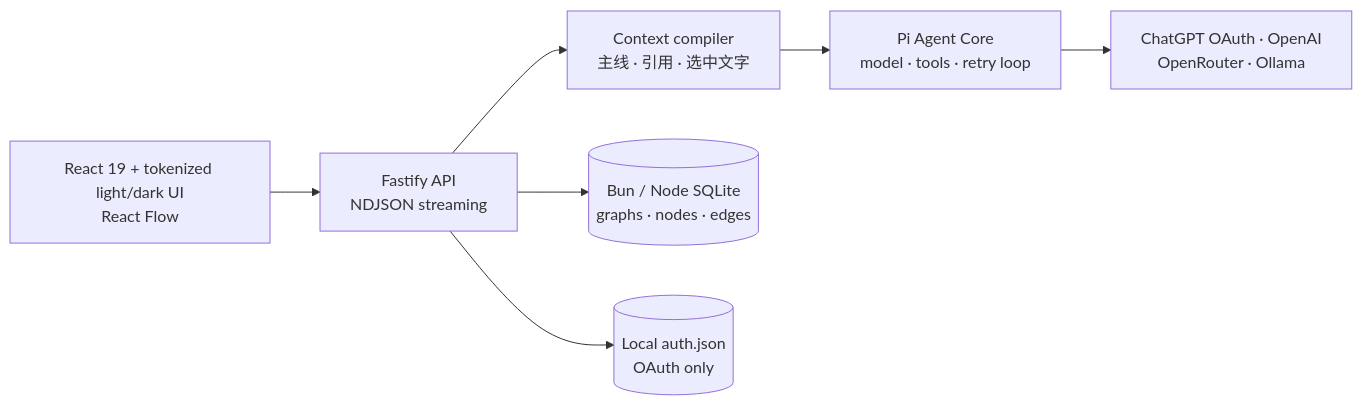
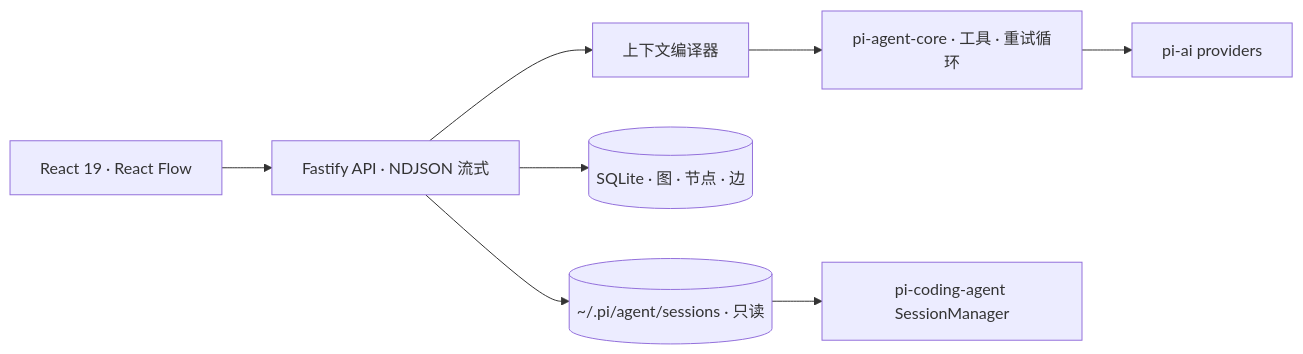
The diagram in README.zh-CN.md (everettjf/graphchat), drawn with Mermaid before and after one commit. The commit also changed other lines of this file and 56 other files, not shown here.

First line of the commit message:
Rebuild as Pi Graph Chat with a read-only Pi session bridge

````diff
--- a/README.zh-CN.md
+++ b/README.zh-CN.md
@@ -144,9 +89,10 @@
 ```mermaid
 flowchart LR
-    UI["React 19 + tokenized light/dark UI<br/>React Flow"] --> API["Fastify API<br/>NDJSON streaming"]
-    API --> CTX["Context compiler<br/>主线 · 引用 · 选中文字"]
-    CTX --> AGENT["Pi Agent Core<br/>model · tools · retry loop"]
-    AGENT --> MODELS["ChatGPT OAuth · OpenAI<br/>OpenRouter · Ollama"]
-    API --> DB[("Bun / Node SQLite<br/>graphs · nodes · edges")]
-    API --> AUTH[("Local auth.json<br/>OAuth only")]
+    UI["React 19 · React Flow"] --> API["Fastify API · NDJSON 流式"]
+    API --> CTX["上下文编译器"]
+    CTX --> AGENT["pi-agent-core · 工具 · 重试循环"]
+    AGENT --> MODELS["pi-ai providers"]
+    API --> DB[("SQLite · 图 · 节点 · 边")]
+    API --> PI[("~/.pi/agent/sessions · 只读")]
+    PI --> SM["pi-coding-agent SessionManager"]
 ```
````
